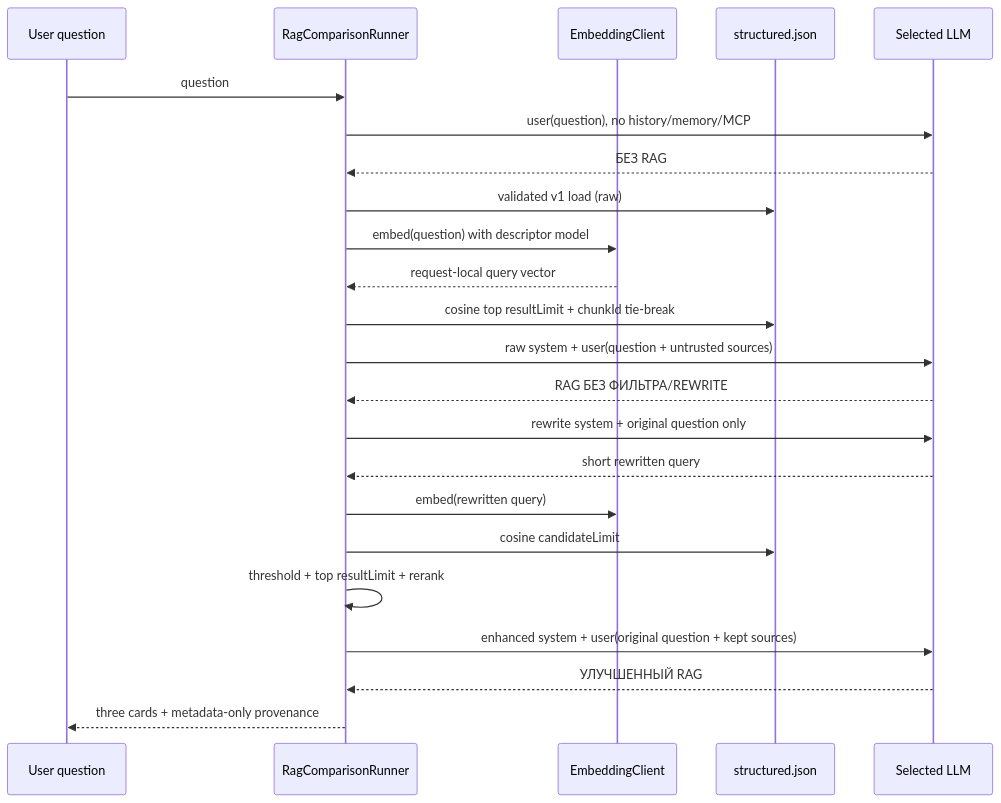
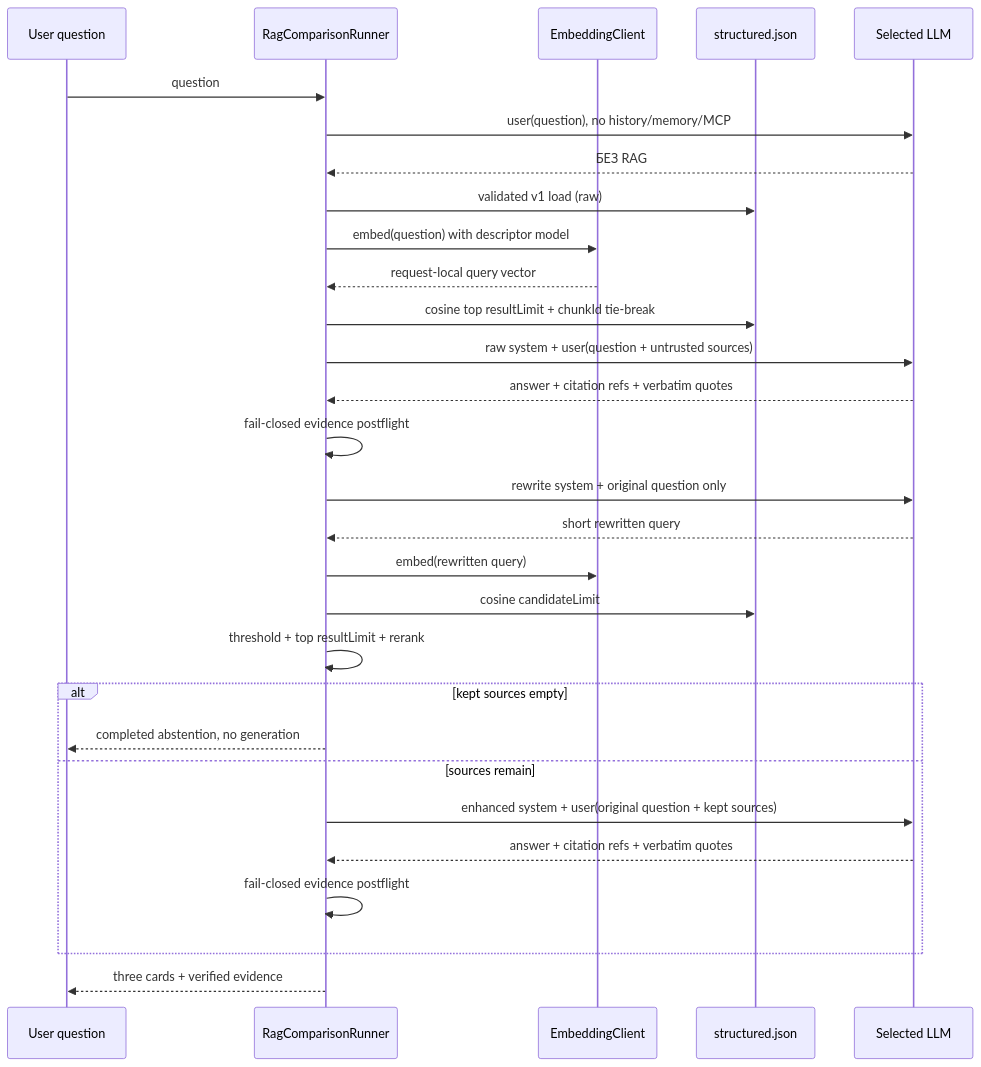
The third of 6 diagrams in docs/ARCHITECTURE.md (StefanSerkhir/AI-Advent-Challenge), drawn with Mermaid before and after one commit. The commit also changed other lines of this file and 19 other files, not shown here.

````diff
--- a/docs/ARCHITECTURE.md
+++ b/docs/ARCHITECTURE.md
@@ -164,25 +164,31 @@
 ```mermaid
 sequenceDiagram
     participant U as User question
     participant R as RagComparisonRunner
     participant E as EmbeddingClient
     participant I as structured.json
     participant L as Selected LLM
     U->>R: question
     R->>L: user(question), no history/memory/MCP
     L-->>R: БЕЗ RAG
     R->>I: validated v1 load (raw)
     R->>E: embed(question) with descriptor model
     E-->>R: request-local query vector
     R->>I: cosine top resultLimit + chunkId tie-break
     R->>L: raw system + user(question + untrusted sources)
-    L-->>R: RAG БЕЗ ФИЛЬТРА/REWRITE
+    L-->>R: answer + citation refs + verbatim quotes
+    R->>R: fail-closed evidence postflight
     R->>L: rewrite system + original question only
     L-->>R: short rewritten query
     R->>E: embed(rewritten query)
     R->>I: cosine candidateLimit
     R->>R: threshold + top resultLimit + rerank
-    R->>L: enhanced system + user(original question + kept sources)
-    L-->>R: УЛУЧШЕННЫЙ RAG
-    R-->>U: three cards + metadata-only provenance
+    alt kept sources empty
+        R-->>U: completed abstention, no generation
+    else sources remain
+        R->>L: enhanced system + user(original question + kept sources)
+        L-->>R: answer + citation refs + verbatim quotes
+        R->>R: fail-closed evidence postflight
+    end
+    R-->>U: three cards + verified evidence
 ```
````
